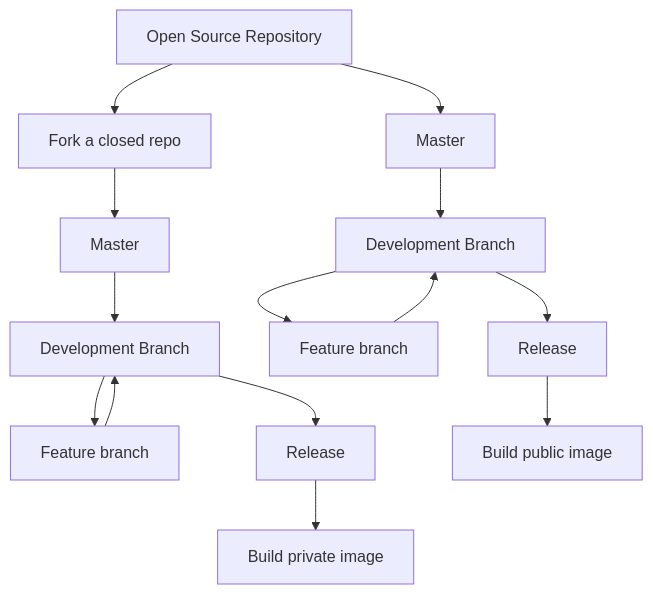
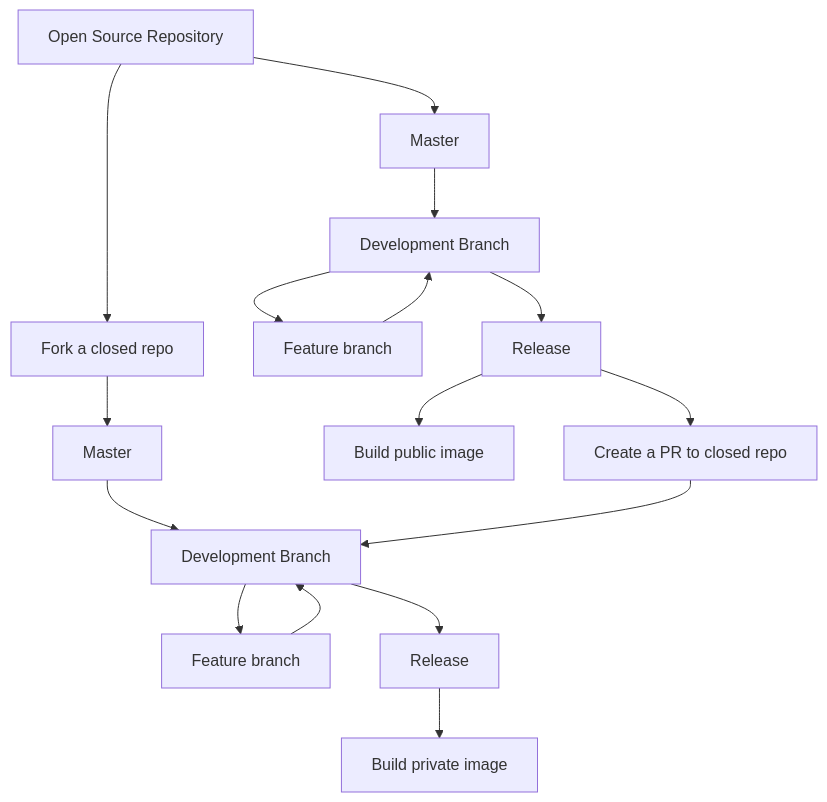
Before and after one commit to sumesh-aot/forms-flow-ai-rfcs: the second of 2 diagrams in rfcs/packaging-changes.md, drawn with Mermaid.

````diff
--- a/rfcs/packaging-changes.md
+++ b/rfcs/packaging-changes.md
@@ -40,19 +40,21 @@
 ```mermaid
 graph TD
   O1[Open Source Repository] --> C1[Fork a closed repo]
   C1 --> C2[Master]
   C2 --> C3[Development Branch]
   C3 --> C4[Feature branch]
   C4 --> C3
   C3 --> C5[Release]
   C5 --> C6[Build private image]
 
   O1 --> O2[Master]
   O2 --> O3[Development Branch]
   O3 --> O4[Feature branch]
   O4 --> O3
   O3 --> O5[Release]
   O5 --> O6[Build public image]
+  O5 --> O7[Create a PR to closed repo]
+  O7 --> C3
 
 
 ```
````
